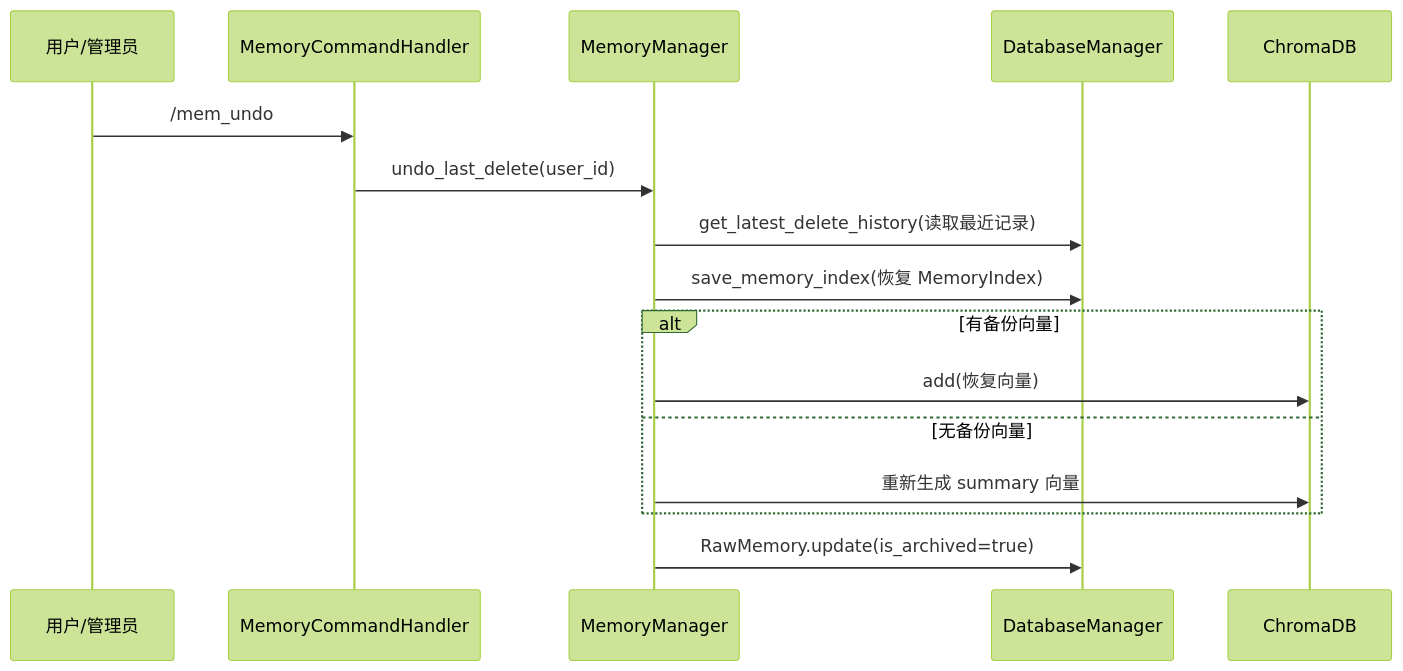
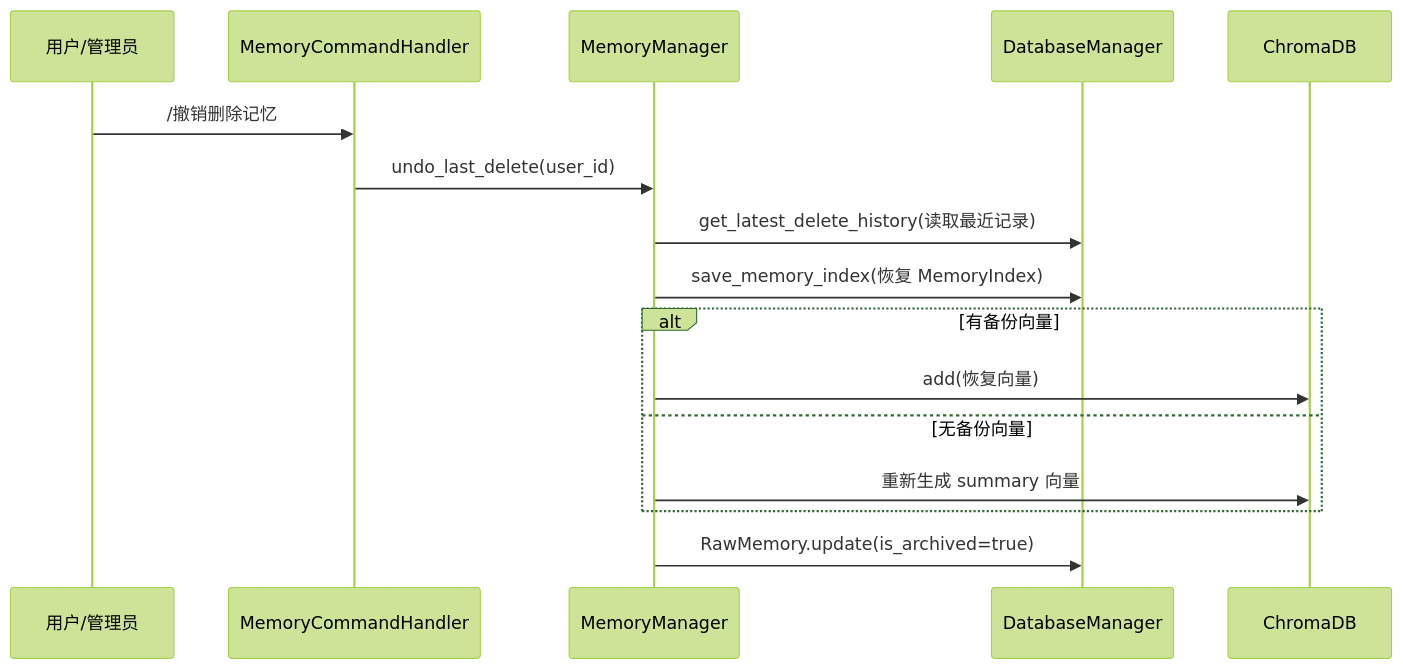
One commit to victical/astrbot_plugin_engram changed diagram 11 of 15 in docs/主流程时序文档.md. Above: the diagram before and after it, drawn with Mermaid (forest theme). The commit also changed other lines of this file and 19 other files, not shown here.

````diff
--- a/docs/主流程时序文档.md
+++ b/docs/主流程时序文档.md
@@ -415,19 +415,19 @@
 ```mermaid
 sequenceDiagram
     participant User as 用户/管理员
     participant Handler as MemoryCommandHandler
     participant MM as MemoryManager
     participant DB as DatabaseManager
     participant Chroma as ChromaDB
 
-    User->>Handler: /mem_undo
+    User->>Handler: /撤销删除记忆
     Handler->>MM: undo_last_delete(user_id)
     MM->>DB: get_latest_delete_history(读取最近记录)
     MM->>DB: save_memory_index(恢复 MemoryIndex)
     alt 有备份向量
         MM->>Chroma: add(恢复向量)
     else 无备份向量
         MM->>Chroma: 重新生成 summary 向量
     end
     MM->>DB: RawMemory.update(is_archived=true)
 ```
````
